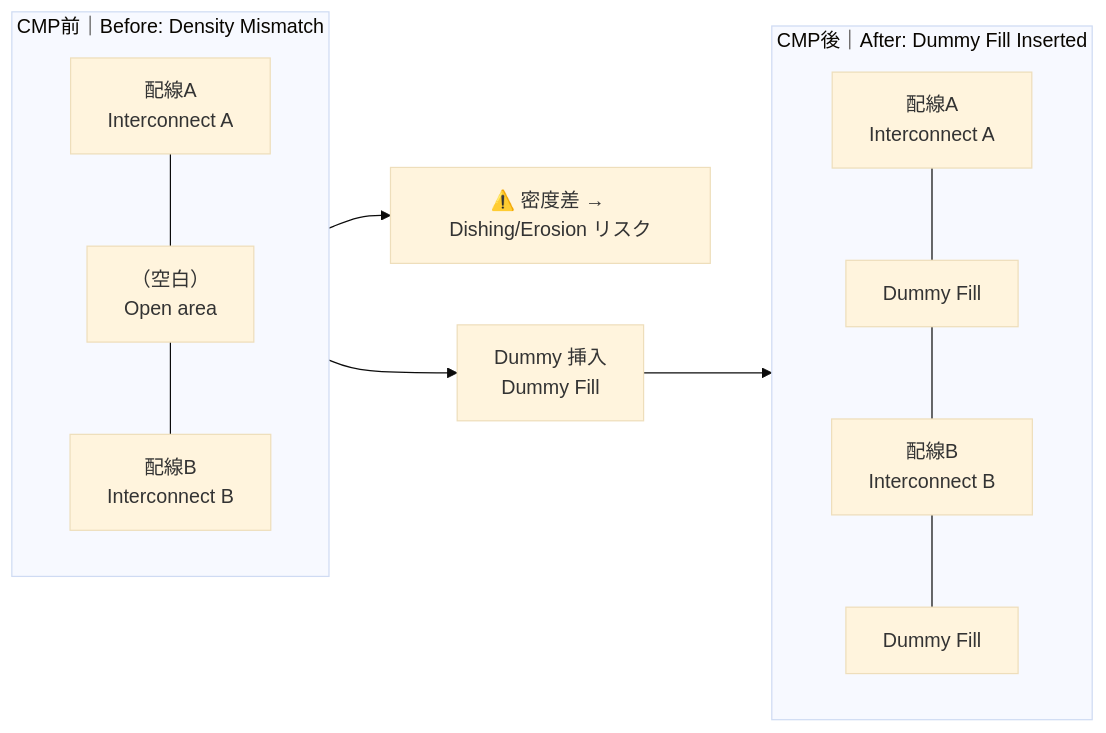
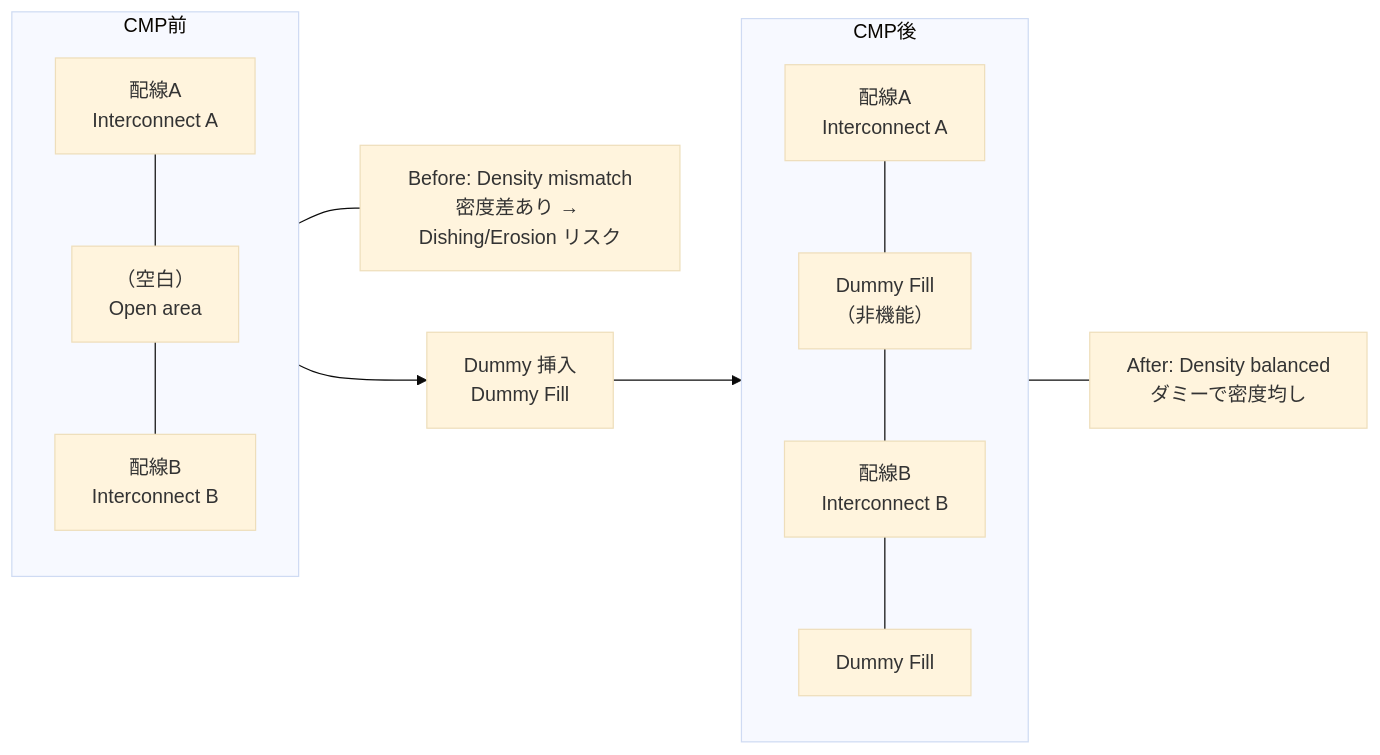
The diagram in d_chapter2_high_voltage_devices/layout_rules.md (Samizo-AITL/Edusemi-v4x), drawn with Mermaid (base theme) before and after one commit.

````diff
--- a/d_chapter2_high_voltage_devices/layout_rules.md
+++ b/d_chapter2_high_voltage_devices/layout_rules.md
@@ -44,27 +44,30 @@
 ```mermaid
+%%{init: {'flowchart': {'htmlLabels': false}} }%%
 flowchart LR
-    %% Before: 密度差あり
-    subgraph B["CMP前｜Before: Density Mismatch"]
+    %% ===== Before (短い見出し) =====
+    subgraph B["CMP前"]
         WA["配線A<br>Interconnect A"]
         GAP["（空白）<br>Open area"]
         WB["配線B<br>Interconnect B"]
         WA --- GAP --- WB
     end
-    NoteB["⚠️ 密度差 → Dishing/Erosion リスク"]
+    BNote["Before: Density mismatch<br>密度差あり → Dishing/Erosion リスク"]
 
-    %% Dummy 挿入ノード
+    %% 中央：Dummy 挿入
     Mid["Dummy 挿入<br>Dummy Fill"]
 
-    %% After: Dummyあり
-    subgraph A["CMP後｜After: Dummy Fill Inserted"]
+    %% ===== After (短い見出し) =====
+    subgraph A["CMP後"]
         WA2["配線A<br>Interconnect A"]
-        D1["Dummy Fill"]
+        D1["Dummy Fill<br>（非機能）"]
         WB2["配線B<br>Interconnect B"]
         D2["Dummy Fill"]
         WA2 --- D1 --- WB2 --- D2
     end
+    ANote["After: Density balanced<br>ダミーで密度均し"]
 
-    %% フロー接続
-    B --> NoteB
+    %% フロー接続と注記
     B --> Mid --> A
+    B --- BNote
+    A --- ANote
 ```
````
